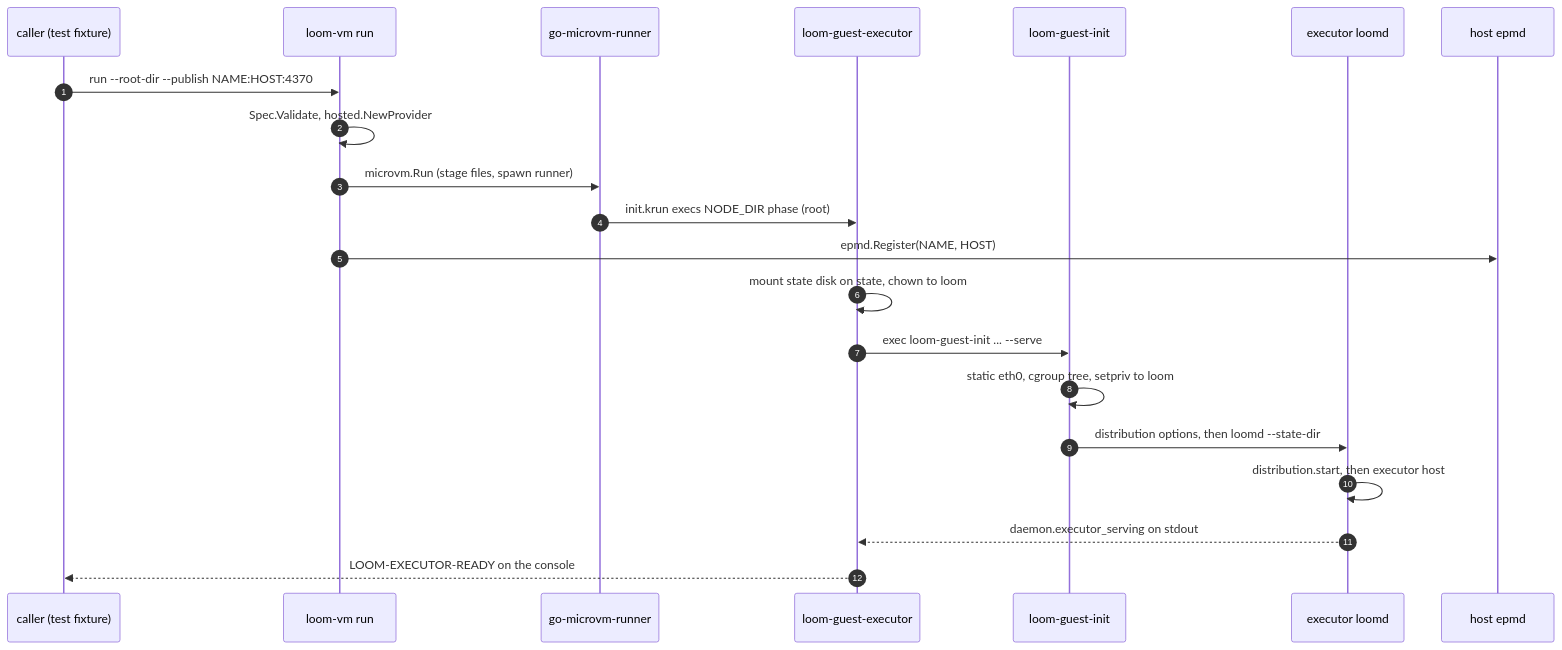
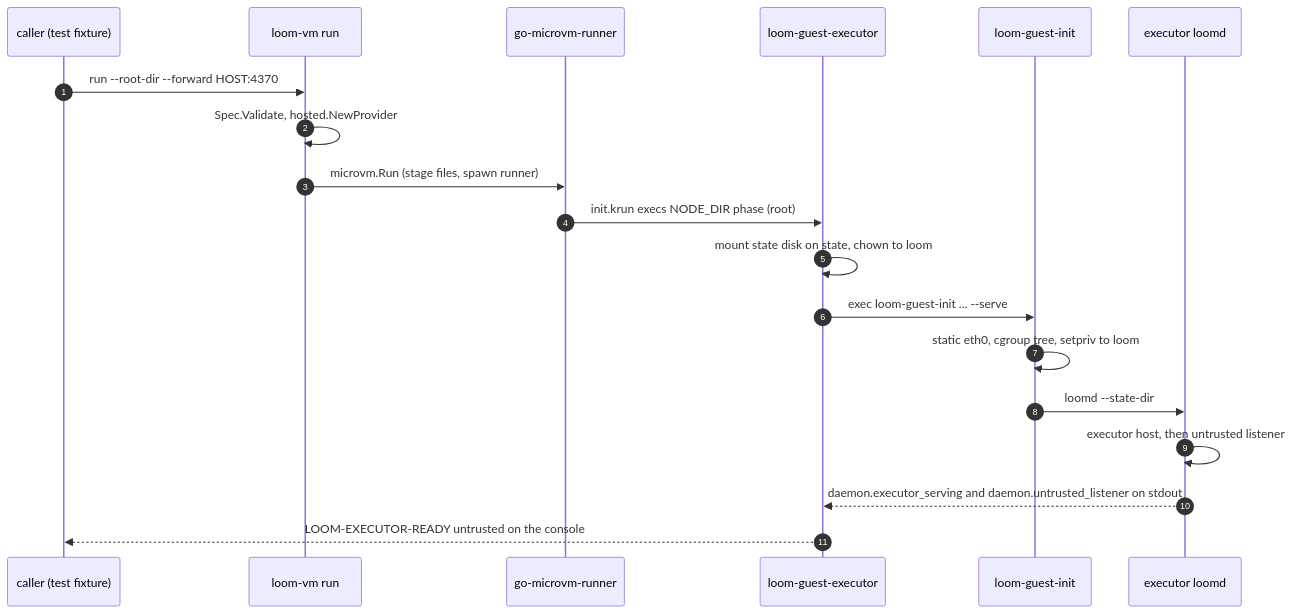
Before and after one commit to Roasbeef/loom: the second of 5 diagrams in docs/architecture/microvm.md, drawn with Mermaid. The commit also changed other lines of this file and 3 other files, not shown here.

````diff
--- a/docs/architecture/microvm.md
+++ b/docs/architecture/microvm.md
@@ -79,23 +75,21 @@
 ```mermaid
 sequenceDiagram
     autonumber
     participant C as caller (test fixture)
     participant V as loom-vm run
     participant R as go-microvm-runner
     participant X as loom-guest-executor
     participant I as loom-guest-init
     participant D as executor loomd
-    participant E as host epmd
-    C->>V: run --root-dir --publish NAME:HOST:4370
+    C->>V: run --root-dir --forward HOST:4370
     V->>V: Spec.Validate, hosted.NewProvider
     V->>R: microvm.Run (stage files, spawn runner)
     R->>X: init.krun execs NODE_DIR phase (root)
-    V->>E: epmd.Register(NAME, HOST)
     X->>X: mount state disk on state, chown to loom
     X->>I: exec loom-guest-init ... --serve
     I->>I: static eth0, cgroup tree, setpriv to loom
-    I->>D: distribution options, then loomd --state-dir
-    D->>D: distribution.start, then executor host
-    D-->>X: daemon.executor_serving on stdout
-    X-->>C: LOOM-EXECUTOR-READY on the console
+    I->>D: loomd --state-dir
+    D->>D: executor host, then untrusted listener
+    D-->>X: daemon.executor_serving and daemon.untrusted_listener on stdout
+    X-->>C: LOOM-EXECUTOR-READY untrusted on the console
 ```
````
